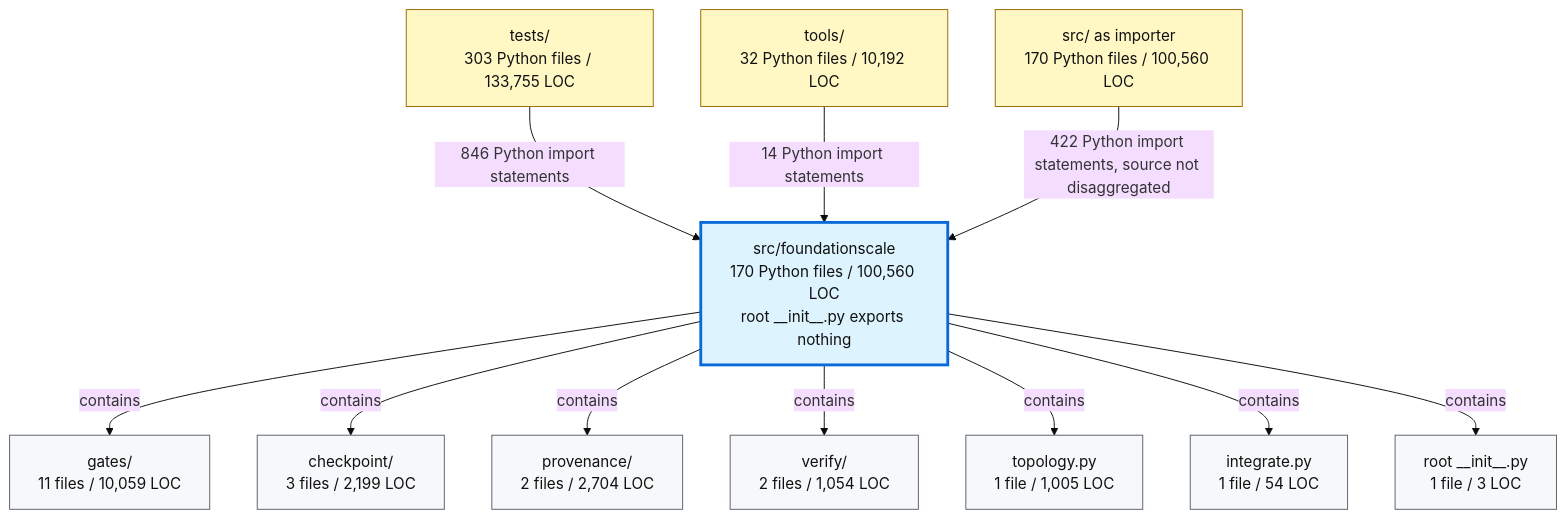
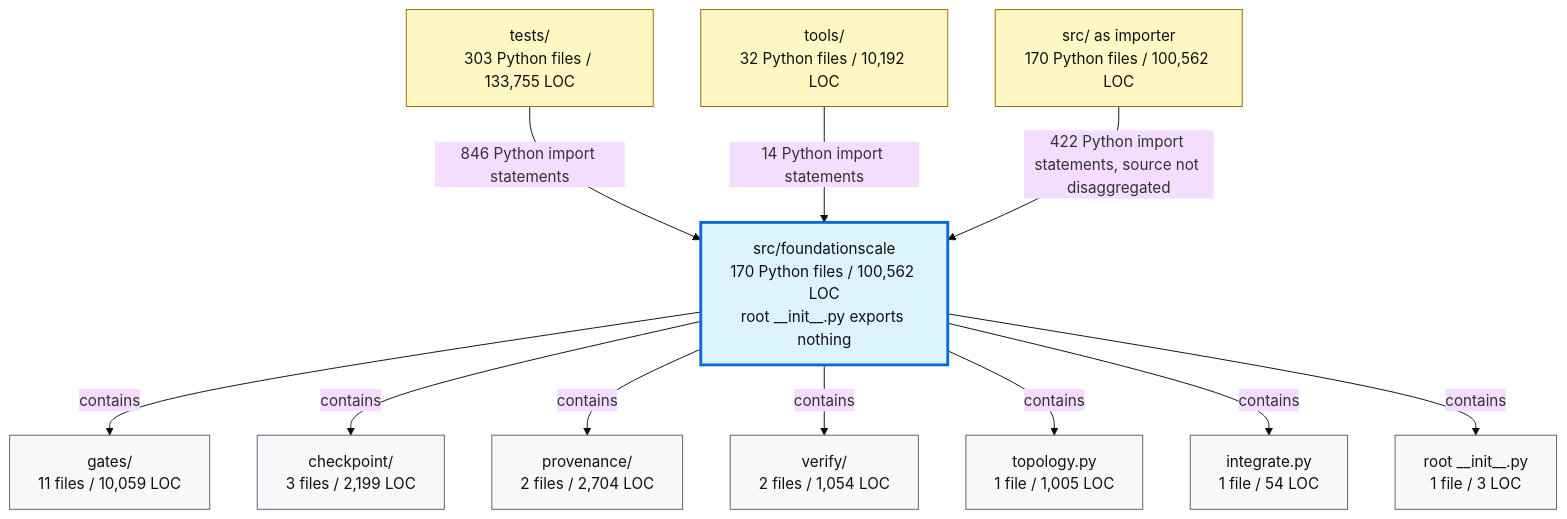
Before and after one commit to TranNhiem/FoundationScale: the second of 2 diagrams in docs/review/D2_current_architecture.md, drawn with Mermaid (base theme). The commit also changed other lines of this file and 10 other files, not shown here.

````diff
--- a/docs/review/D2_current_architecture.md
+++ b/docs/review/D2_current_architecture.md
@@ -97,36 +97,36 @@
 ```mermaid
 flowchart TB
   TESTS["tests/<br/>303 Python files / 133,755 LOC"]
   TOOLS["tools/<br/>32 Python files / 10,192 LOC"]
-  SRC["src/ as importer<br/>170 Python files / 100,560 LOC"]
+  SRC["src/ as importer<br/>170 Python files / 100,562 LOC"]
 
-  FS["src/foundationscale<br/>170 Python files / 100,560 LOC<br/>root __init__.py exports nothing"]
+  FS["src/foundationscale<br/>170 Python files / 100,562 LOC<br/>root __init__.py exports nothing"]
 
   GATES["gates/<br/>11 files / 10,059 LOC"]
   CKPT["checkpoint/<br/>3 files / 2,199 LOC"]
   PROV["provenance/<br/>2 files / 2,704 LOC"]
   VERIFY["verify/<br/>2 files / 1,054 LOC"]
   TOPO["topology.py<br/>1 file / 1,005 LOC"]
   INTEG["integrate.py<br/>1 file / 54 LOC"]
   ROOT["root __init__.py<br/>1 file / 3 LOC"]
 
   TESTS -->|"846 Python import statements"| FS
   TOOLS -->|"14 Python import statements"| FS
   SRC -->|"422 Python import statements, source not disaggregated"| FS
 
   FS -->|"contains"| GATES
   FS -->|"contains"| CKPT
   FS -->|"contains"| PROV
   FS -->|"contains"| VERIFY
   FS -->|"contains"| TOPO
   FS -->|"contains"| INTEG
   FS -->|"contains"| ROOT
 
   classDef consumer fill:#fff8c5,stroke:#9a6700,color:#111;
   classDef package fill:#ddf4ff,stroke:#0969da,stroke-width:3px,color:#111;
   classDef module fill:#f6f8fa,stroke:#57606a,color:#111;
 
   class TESTS,TOOLS,SRC consumer;
   class FS package;
   class GATES,CKPT,PROV,VERIFY,TOPO,INTEG,ROOT module;
 ```
````
